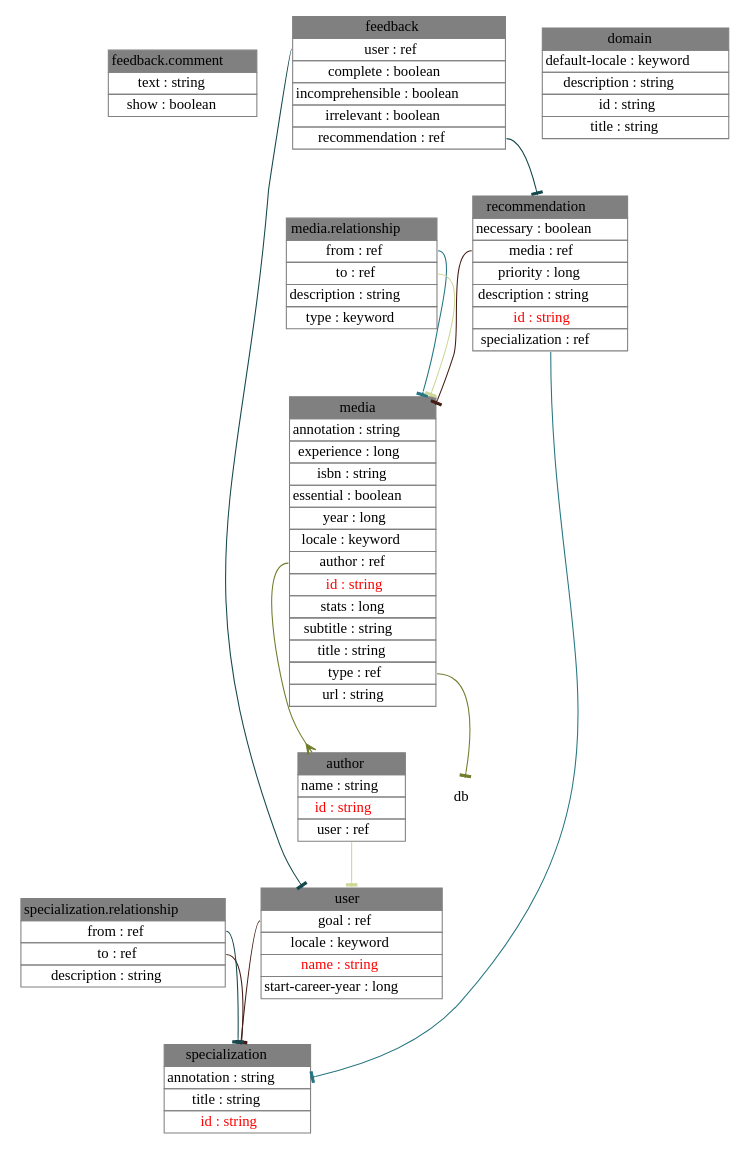
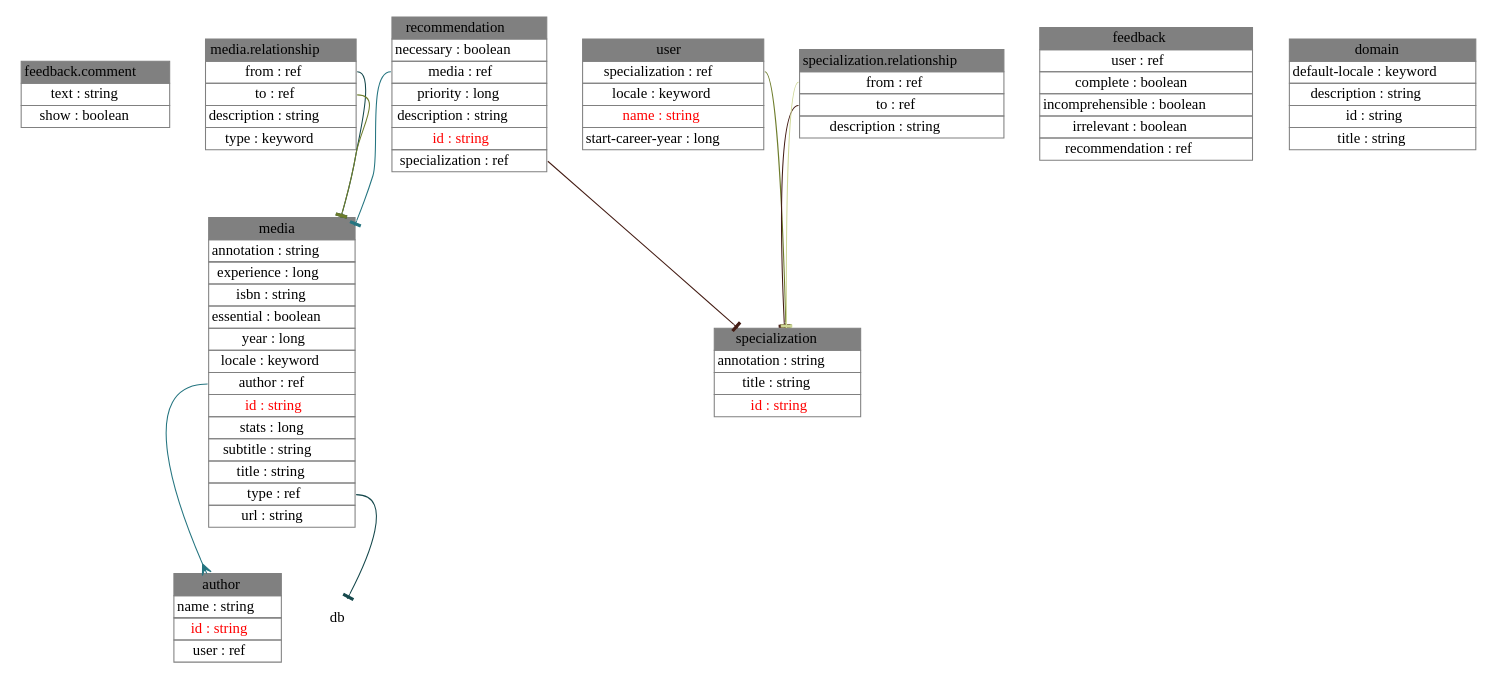
The diagram in kmg-schema.dot (alexpetrov/kmg), drawn with Graphviz before and after one commit. The commit also changed 10 other files, not shown here.

Commit message:
[#5] Rename user/goal to user/specialization

```diff
--- a/kmg-schema.dot
+++ b/kmg-schema.dot
@@ -1,25 +1,22 @@
 digraph {
 node [shape=plaintext];
 "feedback.comment" [label=<<table border="0" cellborder="1" cellspacing="0" color="#808080" port="feedback.comment"><tr><td bgcolor="gray">feedback.comment</td></tr><tr><td>text : string</td></tr><tr><td>show : boolean</td></tr></table>>];
 media [label=<<table border="0" cellborder="1" cellspacing="0" color="#808080" port="media"><tr><td bgcolor="gray">media</td></tr><tr><td>annotation : string</td></tr><tr><td>experience : long</td></tr><tr><td>isbn : string</td></tr><tr><td>essential : boolean</td></tr><tr><td>year : long</td></tr><tr><td>locale : keyword</td></tr><tr><td port="author">author : ref</td></tr><tr><td><font color="red">id : string</font></td></tr><tr><td>stats : long</td></tr><tr><td>subtitle : string</td></tr><tr><td>title : string</td></tr><tr><td port="type">type : ref</td></tr><tr><td>url : string</td></tr></table>>];
 specialization [label=<<table border="0" cellborder="1" cellspacing="0" color="#808080" port="specialization"><tr><td bgcolor="gray">specialization</td></tr><tr><td>annotation : string</td></tr><tr><td>title : string</td></tr><tr><td><font color="red">id : string</font></td></tr></table>>];
 author [label=<<table border="0" cellborder="1" cellspacing="0" color="#808080" port="author"><tr><td bgcolor="gray">author</td></tr><tr><td>name : string</td></tr><tr><td><font color="red">id : string</font></td></tr><tr><td port="user">user : ref</td></tr></table>>];
-user [label=<<table border="0" cellborder="1" cellspacing="0" color="#808080" port="user"><tr><td bgcolor="gray">user</td></tr><tr><td port="goal">goal : ref</td></tr><tr><td>locale : keyword</td></tr><tr><td><font color="red">name : string</font></td></tr><tr><td>start-career-year : long</td></tr></table>>];
+user [label=<<table border="0" cellborder="1" cellspacing="0" color="#808080" port="user"><tr><td bgcolor="gray">user</td></tr><tr><td port="specialization">specialization : ref</td></tr><tr><td>locale : keyword</td></tr><tr><td><font color="red">name : string</font></td></tr><tr><td>start-career-year : long</td></tr></table>>];
 "specialization.relationship" [label=<<table border="0" cellborder="1" cellspacing="0" color="#808080" port="specialization.relationship"><tr><td bgcolor="gray">specialization.relationship</td></tr><tr><td port="from">from : ref</td></tr><tr><td port="to">to : ref</td></tr><tr><td>description : string</td></tr></table>>];
 feedback [label=<<table border="0" cellborder="1" cellspacing="0" color="#808080" port="feedback"><tr><td bgcolor="gray">feedback</td></tr><tr><td port="user">user : ref</td></tr><tr><td>complete : boolean</td></tr><tr><td>incomprehensible : boolean</td></tr><tr><td>irrelevant : boolean</td></tr><tr><td port="recommendation">recommendation : ref</td></tr></table>>];
 recommendation [label=<<table border="0" cellborder="1" cellspacing="0" color="#808080" port="recommendation"><tr><td bgcolor="gray">recommendation</td></tr><tr><td>necessary : boolean</td></tr><tr><td port="media">media : ref</td></tr><tr><td>priority : long</td></tr><tr><td>description : string</td></tr><tr><td><font color="red">id : string</font></td></tr><tr><td port="specialization">specialization : ref</td></tr></table>>];
 domain [label=<<table border="0" cellborder="1" cellspacing="0" color="#808080" port="domain"><tr><td bgcolor="gray">domain</td></tr><tr><td>default-locale : keyword</td></tr><tr><td>description : string</td></tr><tr><td>id : string</td></tr><tr><td>title : string</td></tr></table>>];
 "media.relationship" [label=<<table border="0" cellborder="1" cellspacing="0" color="#808080" port="media.relationship"><tr><td bgcolor="gray">media.relationship</td></tr><tr><td port="from">from : ref</td></tr><tr><td port="to">to : ref</td></tr><tr><td>description : string</td></tr><tr><td>type : keyword</td></tr></table>>];
 "specialization.relationship":to -> specialization:specialization [color="#441C14",arrowhead=tee];
-feedback:recommendation -> recommendation:recommendation [color="#15484C",arrowhead=tee];
-"media.relationship":from -> media:media [color="#257580",arrowhead=tee];
-media:author -> author:author [color="#6E7D2C",arrowhead=crow];
-"media.relationship":to -> media:media [color="#CED796",arrowhead=tee];
-user:goal -> specialization:specialization [color="#441C14",arrowhead=tee];
-"specialization.relationship":from -> specialization:specialization [color="#15484C",arrowhead=tee];
-recommendation:specialization -> specialization:specialization [color="#257580",arrowhead=tee];
-media:type -> db:db [color="#6E7D2C",arrowhead=tee];
-author:user -> user:user [color="#CED796",arrowhead=tee];
-recommendation:media -> media:media [color="#441C14",arrowhead=tee];
-feedback:user -> user:user [color="#15484C",arrowhead=tee];
+"media.relationship":from -> media:media [color="#15484C",arrowhead=tee];
+media:author -> author:author [color="#257580",arrowhead=crow];
+"media.relationship":to -> media:media [color="#6E7D2C",arrowhead=tee];
+"specialization.relationship":from -> specialization:specialization [color="#CED796",arrowhead=tee];
+recommendation:specialization -> specialization:specialization [color="#441C14",arrowhead=tee];
+media:type -> db:db [color="#15484C",arrowhead=tee];
+recommendation:media -> media:media [color="#257580",arrowhead=tee];
+user:specialization -> specialization:specialization [color="#6E7D2C",arrowhead=tee];
 } 
```
